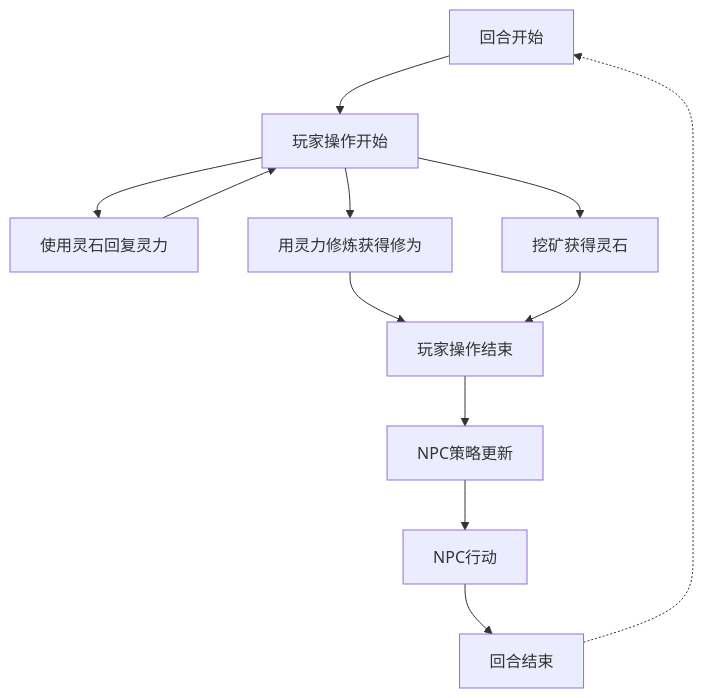
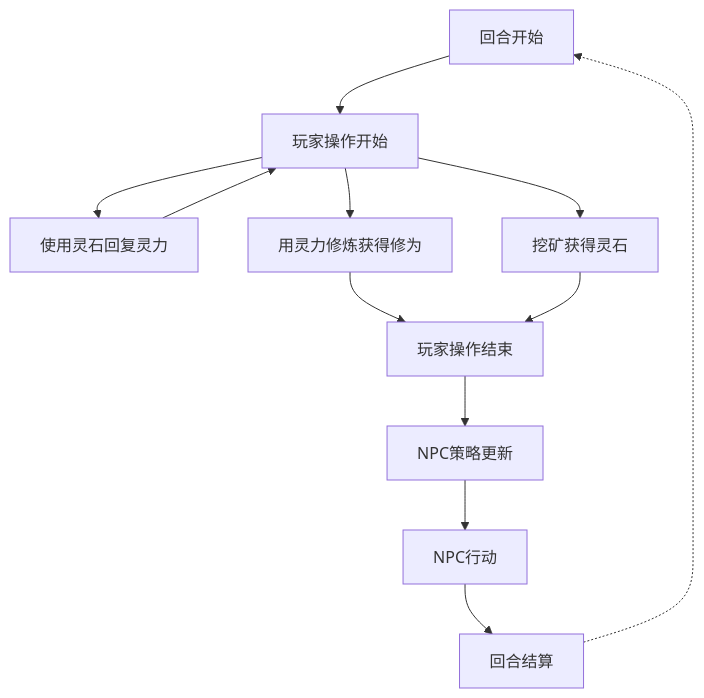
The diagram in main_game_loop.mmd (yu-zhengzheng/spirit_rush), drawn with Mermaid before and after one commit. The commit also changed 4 other files, not shown here.

```diff
--- a/main_game_loop.mmd
+++ b/main_game_loop.mmd
@@ -1,22 +1,22 @@
 ---
 config:
   flowchart:
   curve: linear
 ---
 graph TD;
 	回合开始 --> 玩家操作开始
 
 	玩家操作开始 --> 使用灵石回复灵力
 	使用灵石回复灵力 --> 玩家操作开始
 
 	玩家操作开始 --> 用灵力修炼获得修为
-	用灵力修炼获得修为 --> 玩家操作结束;
+	用灵力修炼获得修为 --> 玩家操作结束
 
 	玩家操作开始 --> 挖矿获得灵石
 	挖矿获得灵石 --> 玩家操作结束
 
 	玩家操作结束 --> NPC策略更新
 	NPC策略更新-->NPC行动
-	NPC行动-->回合结束
+	NPC行动-->回合结算
 
-	回合结束-.->回合开始
+	回合结算-.->回合开始
```
